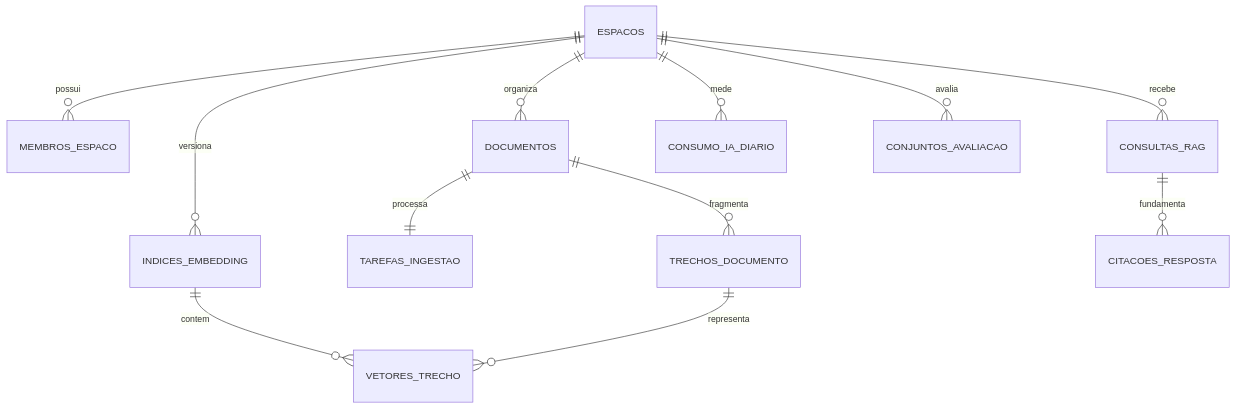
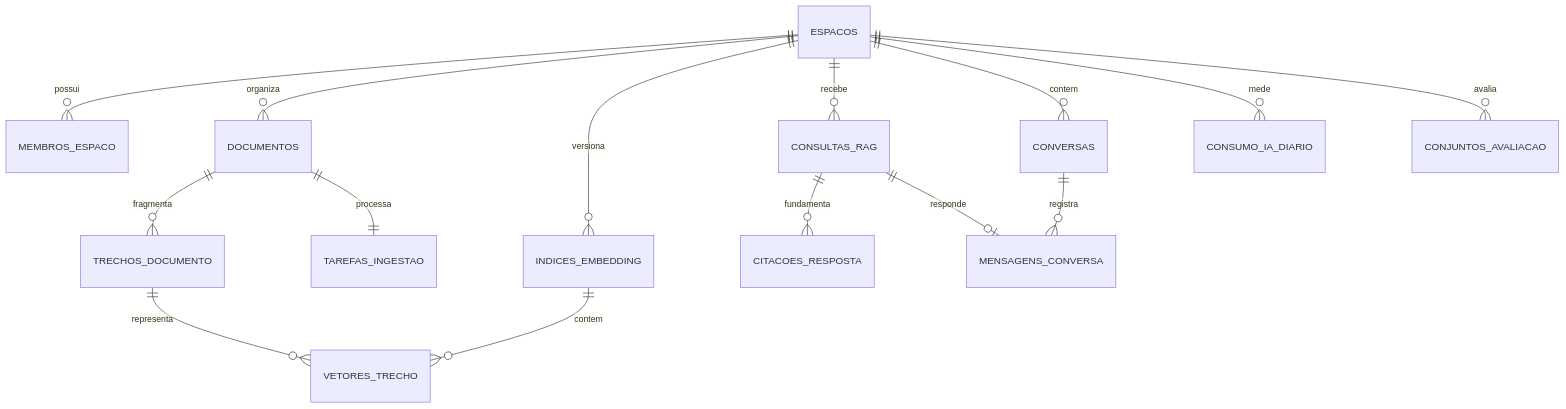
The second of 3 diagrams in docs/ARCHITECTURE.md (Mateusmith/assistente-conhecimento), drawn with Mermaid before and after one commit. The commit also changed other lines of this file and 43 other files, not shown here.

Commit message:
feat: adiciona conversas seguras e avaliacao RAG 2.0

````diff
--- a/docs/ARCHITECTURE.md
+++ b/docs/ARCHITECTURE.md
@@ -54,14 +55,17 @@
 ```mermaid
 erDiagram
     ESPACOS ||--o{ MEMBROS_ESPACO : possui
     ESPACOS ||--o{ DOCUMENTOS : organiza
     DOCUMENTOS ||--o{ TRECHOS_DOCUMENTO : fragmenta
     DOCUMENTOS ||--|| TAREFAS_INGESTAO : processa
     ESPACOS ||--o{ INDICES_EMBEDDING : versiona
     INDICES_EMBEDDING ||--o{ VETORES_TRECHO : contem
     TRECHOS_DOCUMENTO ||--o{ VETORES_TRECHO : representa
     ESPACOS ||--o{ CONSULTAS_RAG : recebe
     CONSULTAS_RAG ||--o{ CITACOES_RESPOSTA : fundamenta
+    ESPACOS ||--o{ CONVERSAS : contem
+    CONVERSAS ||--o{ MENSAGENS_CONVERSA : registra
+    CONSULTAS_RAG ||--o| MENSAGENS_CONVERSA : responde
     ESPACOS ||--o{ CONSUMO_IA_DIARIO : mede
     ESPACOS ||--o{ CONJUNTOS_AVALIACAO : avalia
 ```
````
